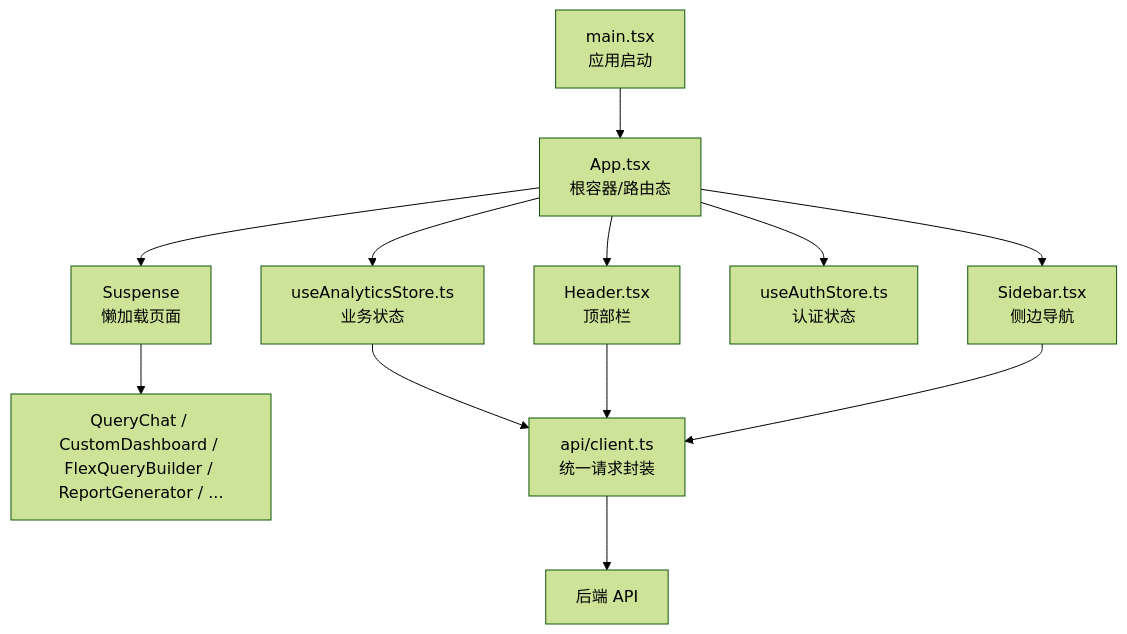
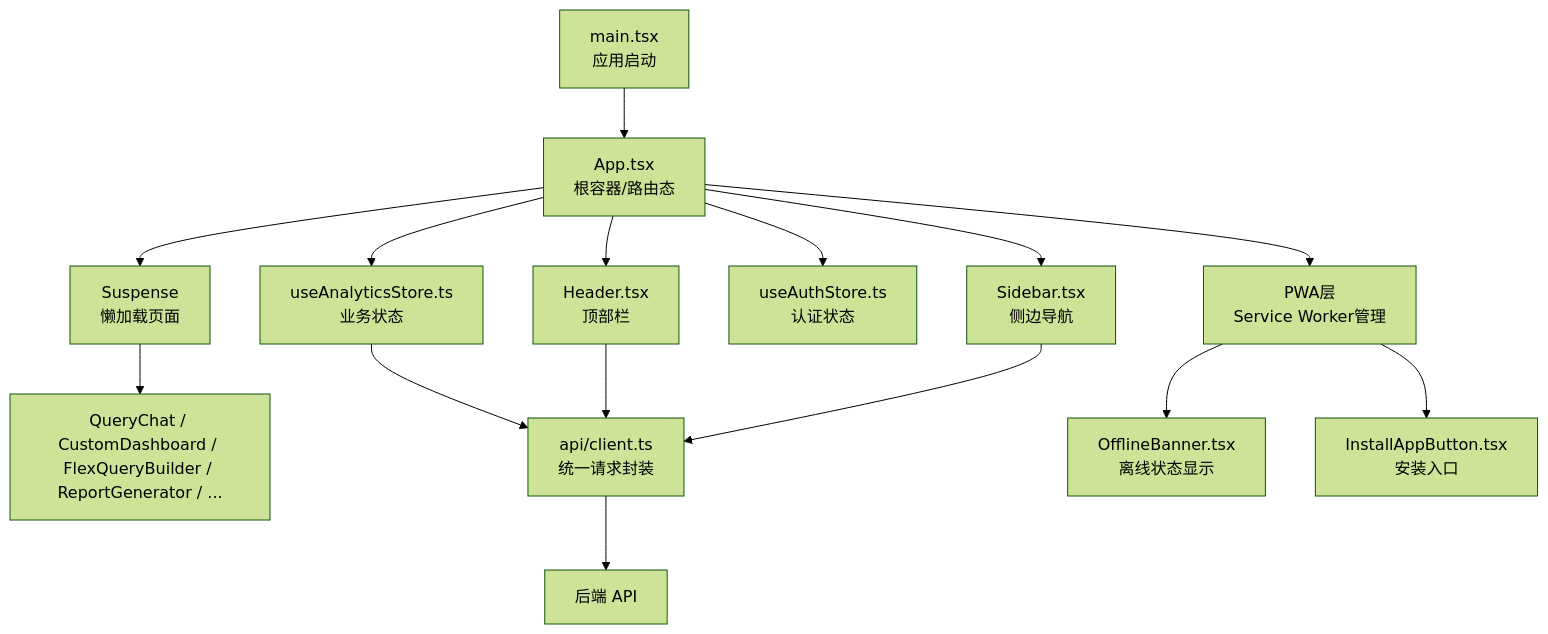
The first of 9 diagrams in .qoder/repowiki/zh/content/前端应用/应用架构设计.md (dgjin/smart-data-analytics), drawn with Mermaid (forest theme) before and after one commit. The commit also changed other lines of this file and 146 other files, not shown here.

````diff
--- a/.qoder/repowiki/zh/content/前端应用/应用架构设计.md
+++ b/.qoder/repowiki/zh/content/前端应用/应用架构设计.md
@@ -42,14 +59,17 @@
 ```mermaid
 graph TB
 A["main.tsx<br/>应用启动"] --> B["App.tsx<br/>根容器/路由态"]
 B --> C["Header.tsx<br/>顶部栏"]
 B --> D["Sidebar.tsx<br/>侧边导航"]
 B --> E["Suspense<br/>懒加载页面"]
 E --> F["QueryChat / CustomDashboard / FlexQueryBuilder / ReportGenerator / ..."]
 B --> G["useAuthStore.ts<br/>认证状态"]
 B --> H["useAnalyticsStore.ts<br/>业务状态"]
 H --> I["api/client.ts<br/>统一请求封装"]
+B --> J["PWA层<br/>Service Worker管理"]
+J --> K["OfflineBanner.tsx<br/>离线状态显示"]
+J --> L["InstallAppButton.tsx<br/>安装入口"]
 C --> I
 D --> I
-I --> J["后端 API"]
+I --> M["后端 API"]
 ```
````
